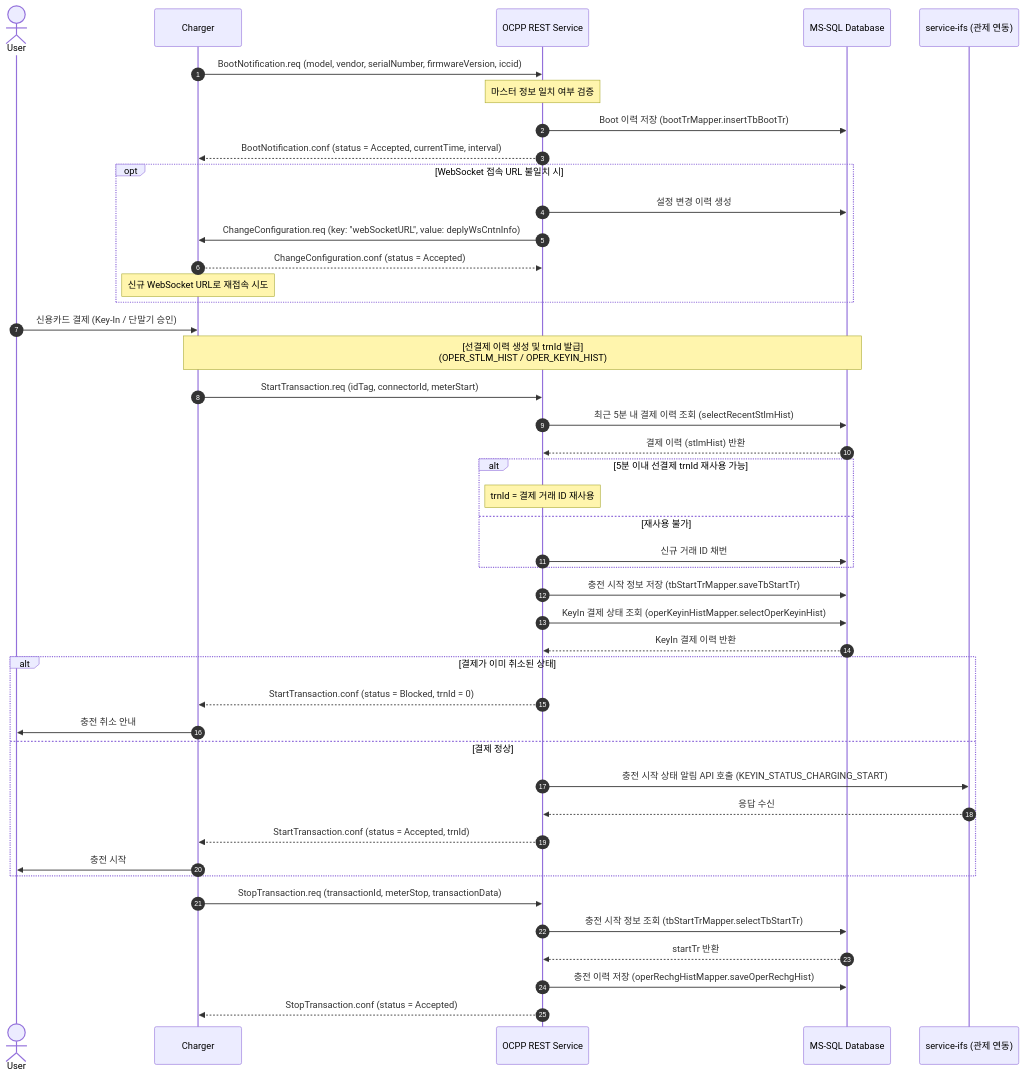
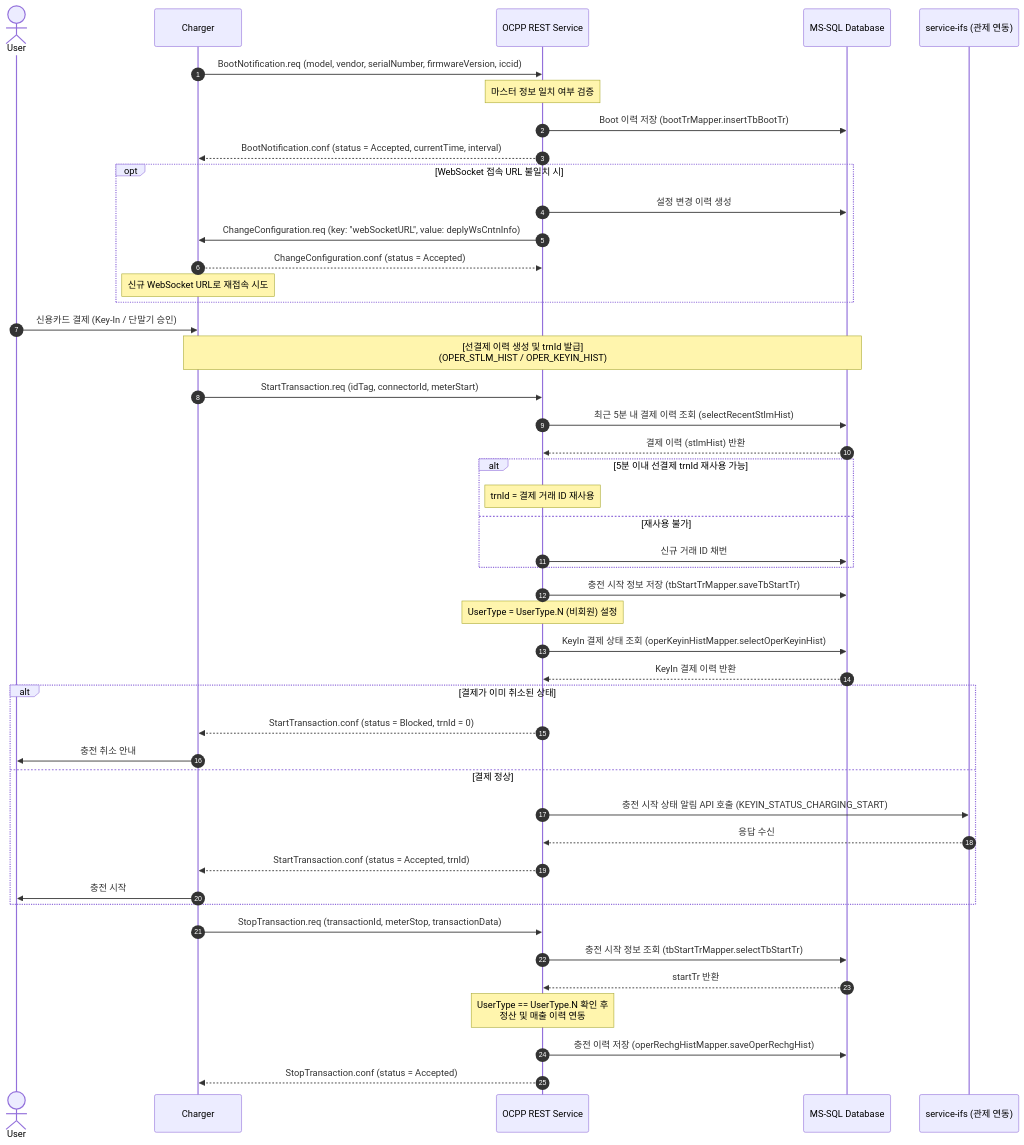
Before and after one commit to h2y-hyhong2/h2y-ocpp: the third of 4 diagrams in start_transaction_process_flows.md, drawn with Mermaid. The commit also changed other lines of this file and 4 other files, not shown here.

````diff
--- a/start_transaction_process_flows.md
+++ b/start_transaction_process_flows.md
@@ -148,58 +159,60 @@
 ```mermaid
 sequenceDiagram
     autonumber
     actor 사용자 as User
     participant 충전기 as Charger
     participant OCPP as OCPP REST Service
     participant DB as MS-SQL Database
     participant IFS as service-ifs (관제 연동)
 
     %% 1. 부팅 및 초기 설정 (BootNotification)
     충전기 ->> OCPP: BootNotification.req (model, vendor, serialNumber, firmwareVersion, iccid)
     Note over OCPP: 마스터 정보 일치 여부 검증
     OCPP ->> DB: Boot 이력 저장 (bootTrMapper.insertTbBootTr)
     OCPP -->> 충전기: BootNotification.conf (status = Accepted, currentTime, interval)
 
     opt WebSocket 접속 URL 불일치 시
         OCPP ->> DB: 설정 변경 이력 생성
         OCPP ->> 충전기: ChangeConfiguration.req (key: "webSocketURL", value: deplyWsCntnInfo)
         충전기 -->> OCPP: ChangeConfiguration.conf (status = Accepted)
         Note over 충전기: 신규 WebSocket URL로 재접속 시도
     end
 
     %% 2. 선결제 완료
     사용자 ->> 충전기: 신용카드 결제 (Key-In / 단말기 승인)
     Note over 충전기, DB: [선결제 이력 생성 및 trnId 발급]<br/>(OPER_STLM_HIST / OPER_KEYIN_HIST)
 
     %% 3. 시작 단계 (StartTransaction)
     충전기 ->> OCPP: StartTransaction.req (idTag, connectorId, meterStart)
     OCPP ->> DB: 최근 5분 내 결제 이력 조회 (selectRecentStlmHist)
     DB -->> OCPP: 결제 이력 (stlmHist) 반환
-    
+
     alt 5분 이내 선결제 trnId 재사용 가능
         Note over OCPP: trnId = 결제 거래 ID 재사용
     else 재사용 불가
         OCPP ->> DB: 신규 거래 ID 채번
     end
-    
+
     OCPP ->> DB: 충전 시작 정보 저장 (tbStartTrMapper.saveTbStartTr)
+    Note over OCPP: UserType = UserType.N (비회원) 설정
     OCPP ->> DB: KeyIn 결제 상태 조회 (operKeyinHistMapper.selectOperKeyinHist)
     DB -->> OCPP: KeyIn 결제 이력 반환
-    
+
     alt 결제가 이미 취소된 상태
         OCPP -->> 충전기: StartTransaction.conf (status = Blocked, trnId = 0)
         충전기 ->> 사용자: 충전 취소 안내
     else 결제 정상
         OCPP ->> IFS: 충전 시작 상태 알림 API 호출 (KEYIN_STATUS_CHARGING_START)
         IFS -->> OCPP: 응답 수신
         OCPP -->> 충전기: StartTransaction.conf (status = Accepted, trnId)
         충전기 ->> 사용자: 충전 시작
     end
 
     %% 4. 종료 단계 (StopTransaction)
     충전기 ->> OCPP: StopTransaction.req (transactionId, meterStop, transactionData)
     OCPP ->> DB: 충전 시작 정보 조회 (tbStartTrMapper.selectTbStartTr)
     DB -->> OCPP: startTr 반환
+    Note over OCPP: UserType == UserType.N 확인 후<br/>정산 및 매출 이력 연동
     OCPP ->> DB: 충전 이력 저장 (operRechgHistMapper.saveOperRechgHist)
     OCPP -->> 충전기: StopTransaction.conf (status = Accepted)
 ```
````
